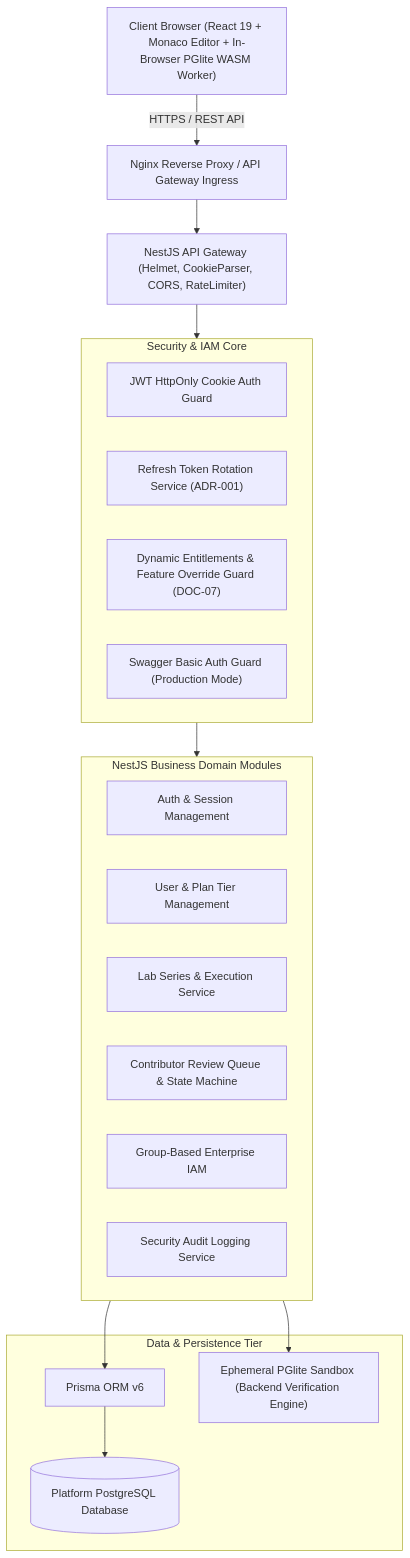
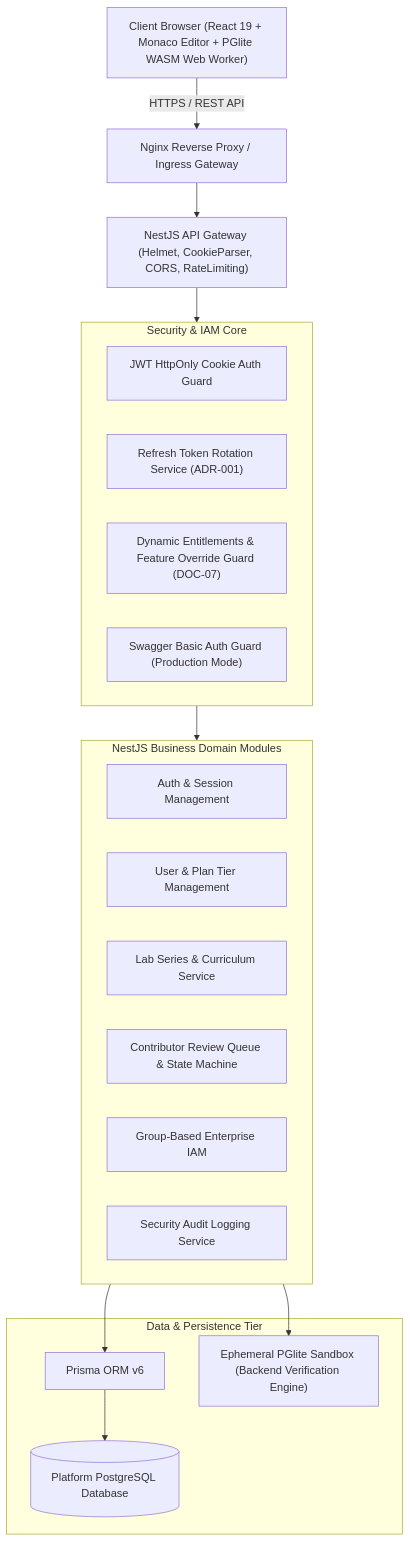
Before and after one commit to NguyenKhanhDuy2703/project_education: the diagram in README.md, drawn with Mermaid. The commit also changed other lines of this file and 8 other files, not shown here.

````diff
--- a/README.md
+++ b/README.md
@@ -128,36 +81,36 @@
 ```mermaid
 graph TD
-    Client["Client Browser (React 19 + Monaco Editor + In-Browser PGlite WASM Worker)"]
-    Nginx["Nginx Reverse Proxy / API Gateway Ingress"]
-    NestGateway["NestJS API Gateway (Helmet, CookieParser, CORS, RateLimiter)"]
+    Client["Client Browser (React 19 + Monaco Editor + PGlite WASM Web Worker)"]
+    Nginx["Nginx Reverse Proxy / Ingress Gateway"]
+    NestGateway["NestJS API Gateway (Helmet, CookieParser, CORS, RateLimiting)"]
     
     subgraph Security_Layer["Security & IAM Core"]
         AuthGuard["JWT HttpOnly Cookie Auth Guard"]
         TokenRotation["Refresh Token Rotation Service (ADR-001)"]
         EntitlementsGuard["Dynamic Entitlements & Feature Override Guard (DOC-07)"]
         SwaggerAuth["Swagger Basic Auth Guard (Production Mode)"]
     end
 
     subgraph Service_Modules["NestJS Business Domain Modules"]
         AuthModule["Auth & Session Management"]
         UserModule["User & Plan Tier Management"]
-        LabModule["Lab Series & Execution Service"]
+        LabModule["Lab Series & Curriculum Service"]
         ReviewModule["Contributor Review Queue & State Machine"]
         GroupsModule["Group-Based Enterprise IAM"]
         AuditModule["Security Audit Logging Service"]
     end
 
     subgraph Data_Layer["Data & Persistence Tier"]
         Prisma["Prisma ORM v6"]
         Postgres[(Platform PostgreSQL Database)]
         PGliteBackend["Ephemeral PGlite Sandbox (Backend Verification Engine)"]
     end
 
     Client -->|HTTPS / REST API| Nginx
     Nginx --> NestGateway
     NestGateway --> Security_Layer
     Security_Layer --> Service_Modules
     Service_Modules --> Prisma
     Service_Modules --> PGliteBackend
     Prisma --> Postgres
 ```
````
